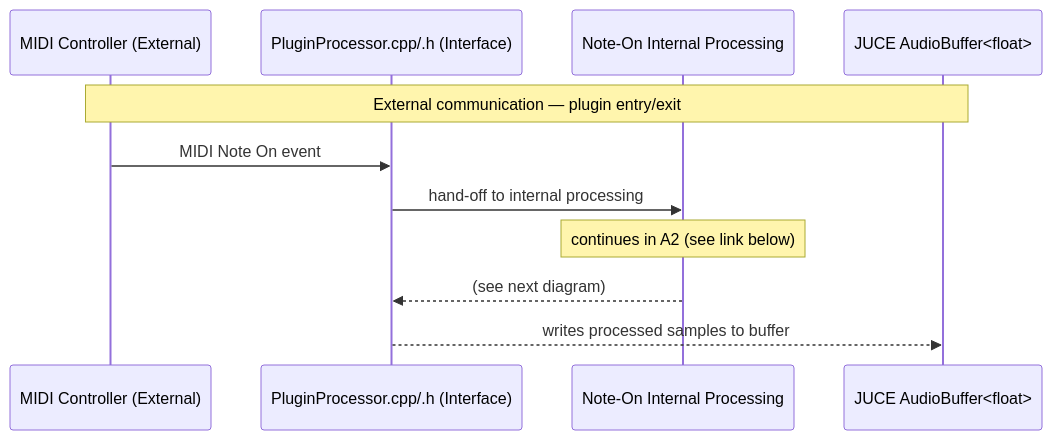
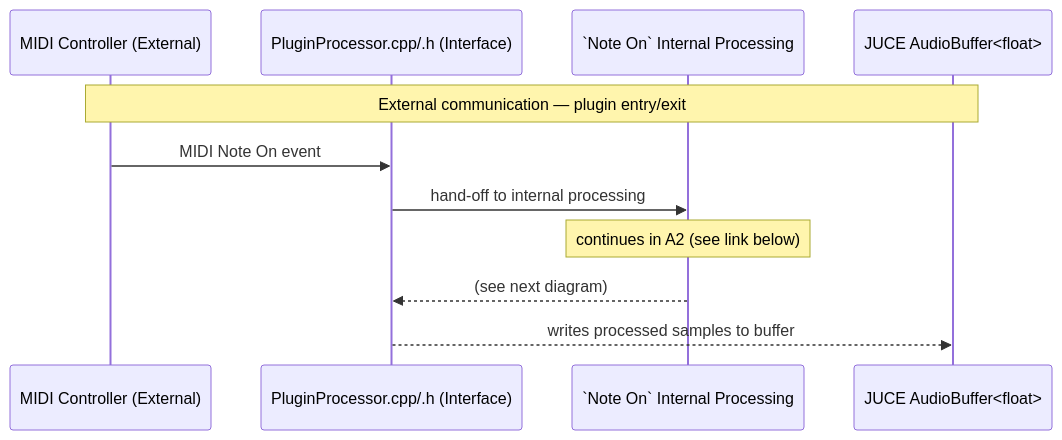
Before and after one commit to TYLERSFOSTER/MIDIControl001: the second of 8 diagrams in docs/architecture.md, drawn with Mermaid. The commit also changed other lines of this file, not shown here.

Commit message:
work on architecture.md

````diff
--- a/docs/architecture.md
+++ b/docs/architecture.md
@@ -19,14 +23,14 @@
 ```mermaid
 sequenceDiagram
 participant MIDI as MIDI Controller (External)
 participant PluginProcessor as PluginProcessor.cpp/.h (Interface)
-participant Ref as Note-On Internal Processing
+participant Ref as `Note On` Internal Processing
 participant Buffer as JUCE AudioBuffer<float>
 
 Note over MIDI,Buffer: External communication — plugin entry/exit
 MIDI->>PluginProcessor: MIDI Note On event
 PluginProcessor->>Ref: hand-off to internal processing
 Note over Ref: continues in A2 (see link below)
 Ref-->>PluginProcessor: (see next diagram)
 PluginProcessor-->>Buffer: writes processed samples to buffer
 ```
````
